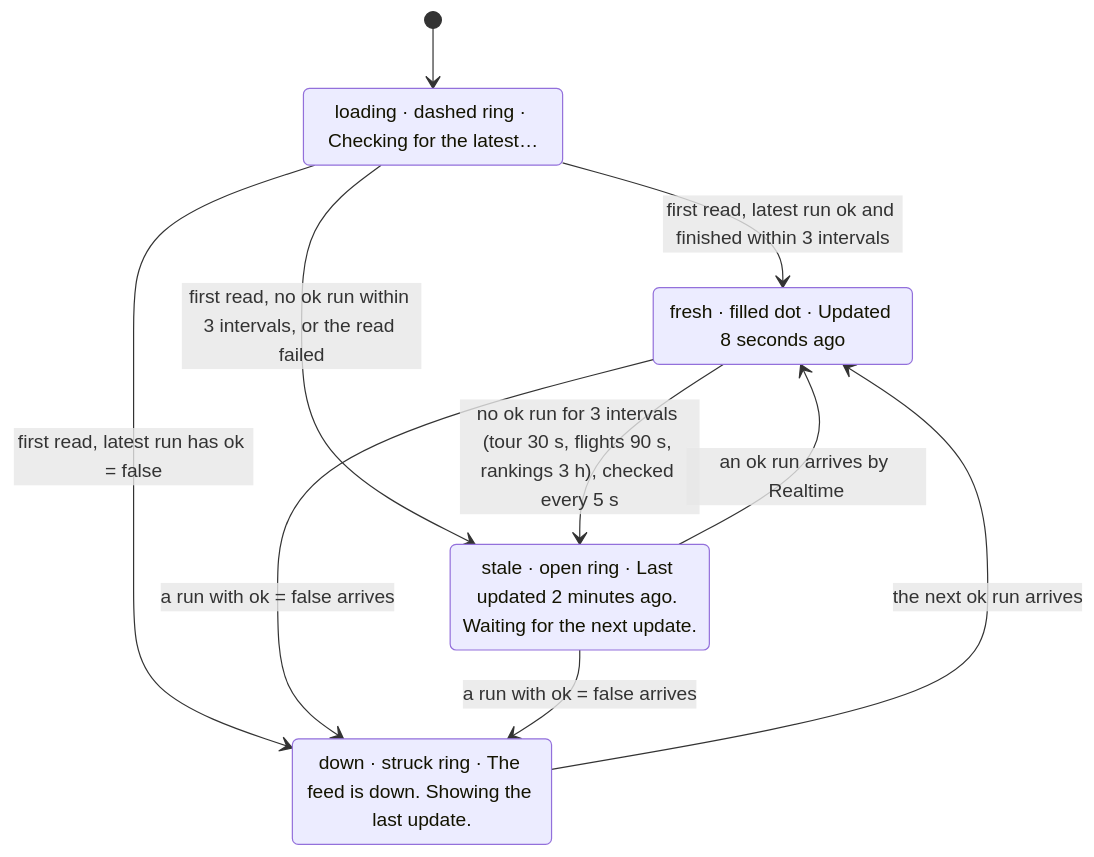
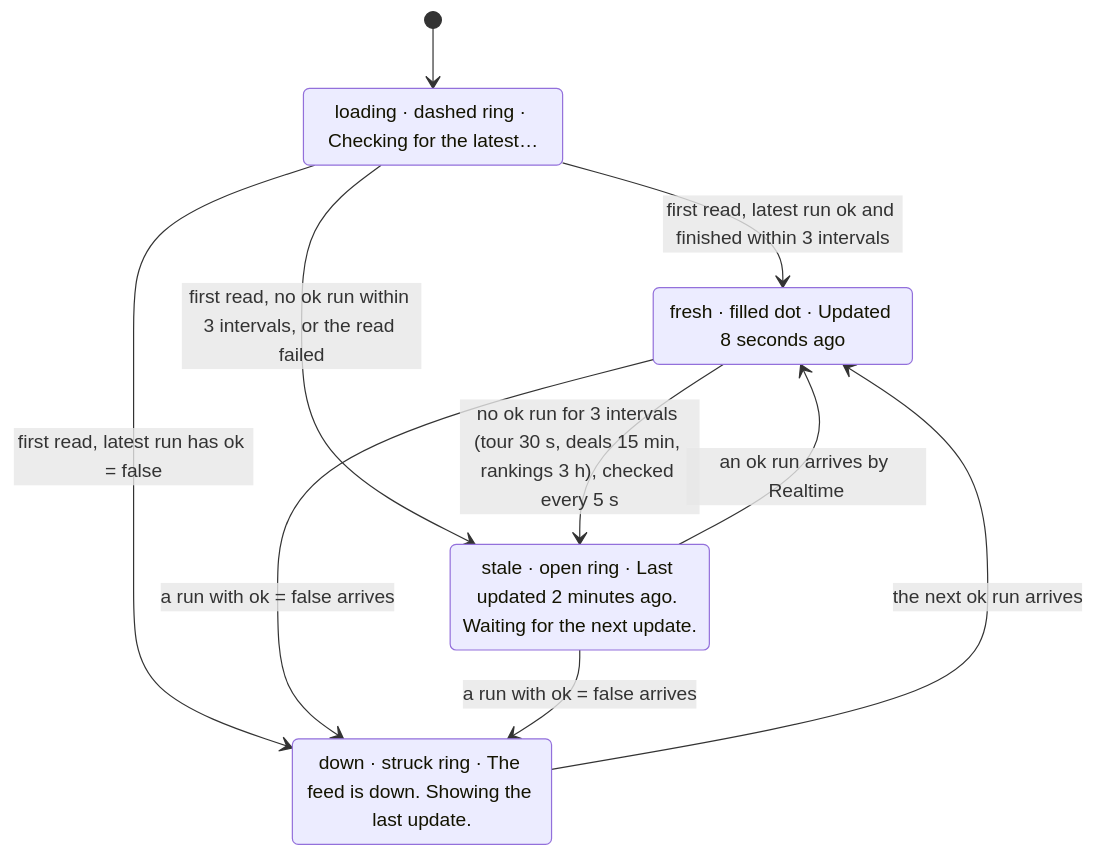
The sixth of 7 diagrams in flows.md (hewittw/18-eagles-members), drawn with Mermaid before and after one commit. The commit also changed other lines of this file and 14 other files, not shown here.

Commit message:
docs: Pivot: Flights → Pro Shop (README section, sources and budget, freshness, tests), data-flow after the pivot, flow 5 'Watch a category', per-store terms in credits, talking points, log; diagrams re-rendered

````diff
--- a/flows.md
+++ b/flows.md
@@ -158,16 +158,16 @@
 ```mermaid
 stateDiagram-v2
   [*] --> loading
   loading: loading · dashed ring · Checking for the latest…
   fresh: fresh · filled dot · Updated 8 seconds ago
   stale: stale · open ring · Last updated 2 minutes ago. Waiting for the next update.
   down: down · struck ring · The feed is down. Showing the last update.
   loading --> fresh: first read, latest run ok and finished within 3 intervals
   loading --> stale: first read, no ok run within 3 intervals, or the read failed
   loading --> down: first read, latest run has ok = false
-  fresh --> stale: no ok run for 3 intervals (tour 30 s, flights 90 s, rankings 3 h), checked every 5 s
+  fresh --> stale: no ok run for 3 intervals (tour 30 s, deals 15 min, rankings 3 h), checked every 5 s
   stale --> fresh: an ok run arrives by Realtime
   fresh --> down: a run with ok = false arrives
   stale --> down: a run with ok = false arrives
   down --> fresh: the next ok run arrives
 ```
````
